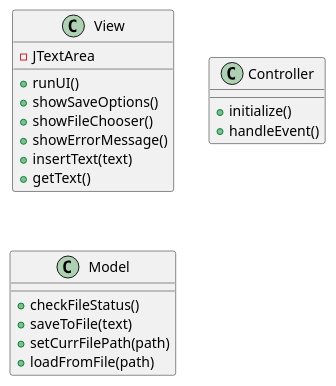
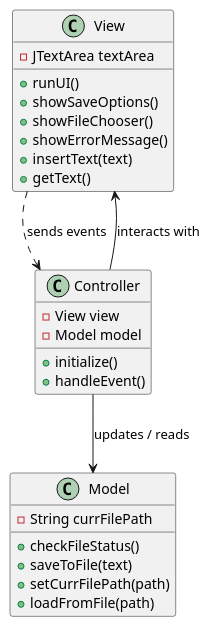
Before and after one commit to Joelpettersson35/design-patterns-java: the diagram in laboration-1/src/class-design.puml, drawn with PlantUML.

Commit message:
klassdiagram för design färdigt

```diff
--- a/laboration-1/src/class-design.puml
+++ b/laboration-1/src/class-design.puml
@@ -1,25 +1,35 @@
 @startuml
 
-class View{
-- JTextArea
+class View {
+  - JTextArea textArea
 
-+ runUI()
-+ showSaveOptions()
-+ showFileChooser()
-+ showErrorMessage()
-+ insertText(text)
-+ getText()
+  + runUI()
+  + showSaveOptions()
+  + showFileChooser()
+  + showErrorMessage()
+  + insertText(text)
+  + getText()
 }
 
-class Controller{
-+ initialize()
-+ handleEvent()
+class Controller {
+  - View view
+  - Model model
+
+  + initialize()
+  + handleEvent()
 }
 
-class Model{
-+ checkFileStatus()
-+ saveToFile(text)
-+ setCurrFilePath(path)
-+ loadFromFile(path)
+class Model {
+  - String currFilePath
+
+  + checkFileStatus()
+  + saveToFile(text)
+  + setCurrFilePath(path)
+  + loadFromFile(path)
 }
+
+Controller --> View : interacts with
+Controller --> Model : updates / reads
+View ..> Controller : sends events
+
 @enduml
```
